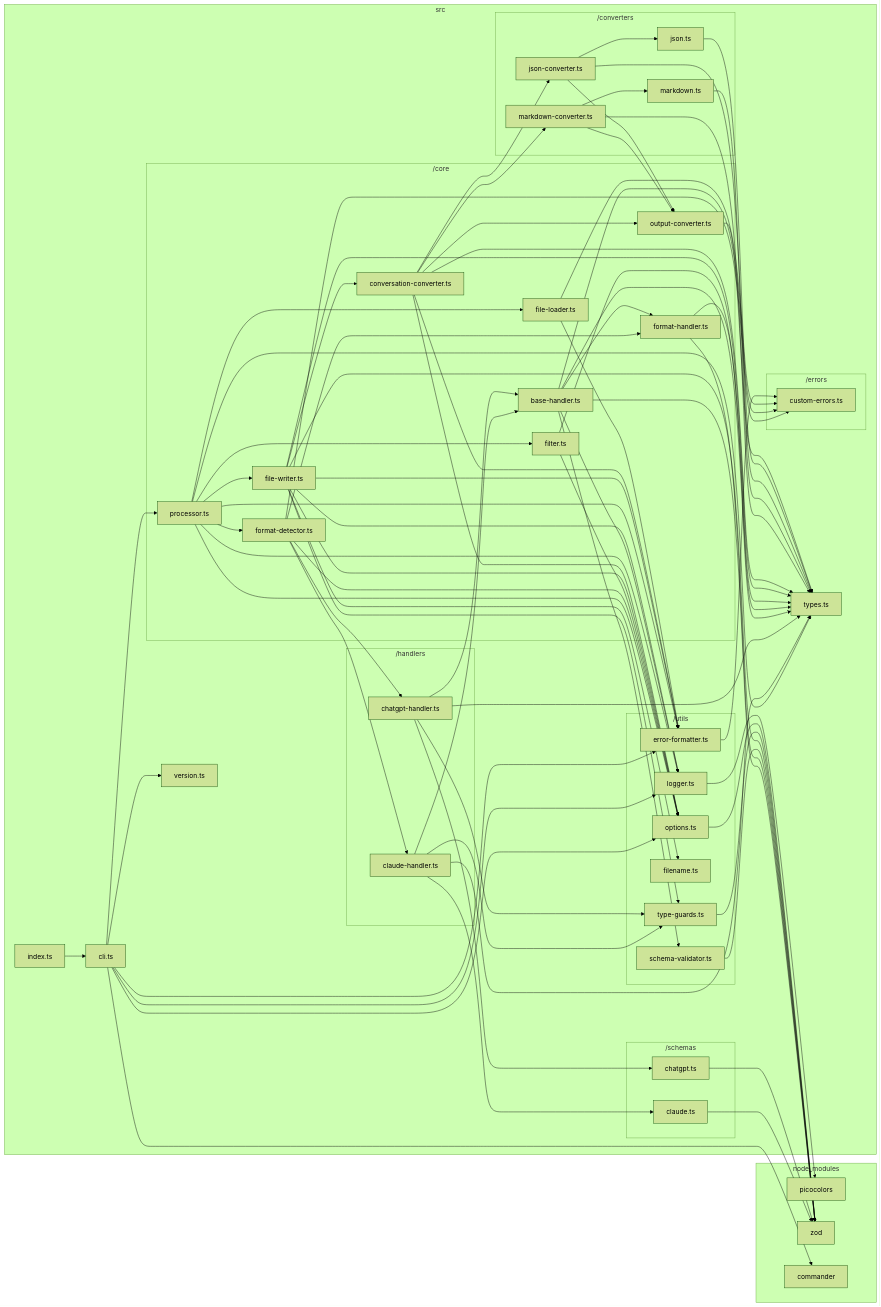
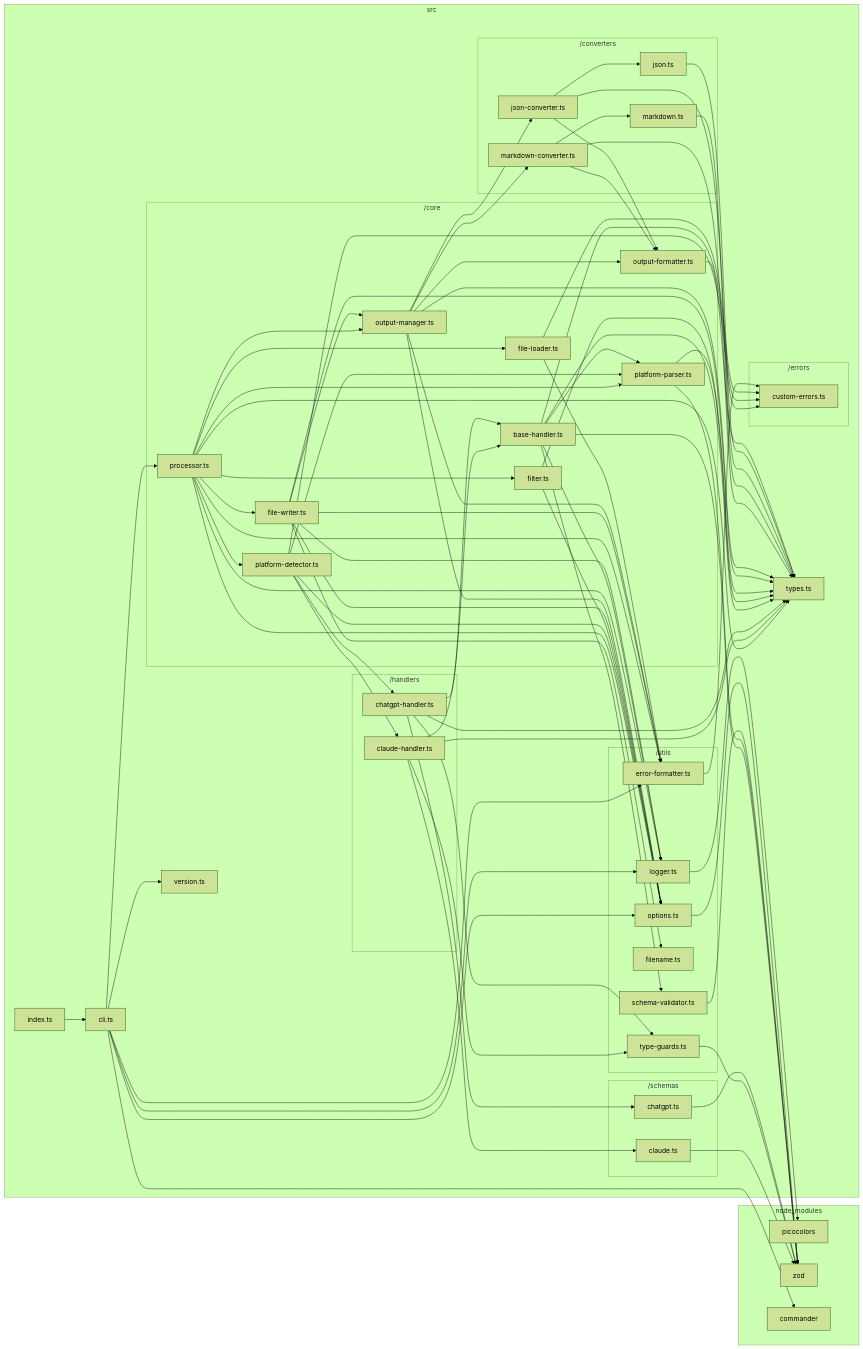
One commit to sugurutakahashi-1234/ai-chat-md-export changed the diagram in docs/dependency-graphs/typescript-graph.md. Above: the diagram before and after it, drawn with Mermaid (forest theme). The commit also changed 16 other files, not shown here.

First line of the commit message:
refactor: restructure output handling and platform parsing

```diff
--- a/docs/dependency-graphs/typescript-graph.md
+++ b/docs/dependency-graphs/typescript-graph.md
@@ -19,18 +19,18 @@
             src/utils/logger.ts["logger.ts"]
             src/utils/options.ts["options.ts"]
             src/utils/filename.ts["filename.ts"]
+            src/utils/schema//validator.ts["schema-validator.ts"]
             src/utils/type//guards.ts["type-guards.ts"]
-            src/utils/schema//validator.ts["schema-validator.ts"]
         end
         subgraph src/core["/core"]
             src/core/file//loader.ts["file-loader.ts"]
-            src/core/output//converter.ts["output-converter.ts"]
-            src/core/conversation//converter.ts["conversation-converter.ts"]
+            src/core/output//formatter.ts["output-formatter.ts"]
+            src/core/output//manager.ts["output-manager.ts"]
             src/core/file//writer.ts["file-writer.ts"]
             src/core/filter.ts["filter.ts"]
-            src/core/format//handler.ts["format-handler.ts"]
+            src/core/platform//parser.ts["platform-parser.ts"]
             src/core/base//handler.ts["base-handler.ts"]
-            src/core/format//detector.ts["format-detector.ts"]
+            src/core/platform//detector.ts["platform-detector.ts"]
             src/core/processor.ts["processor.ts"]
         end
         subgraph src/converters["/converters"]
@@ -58,42 +58,40 @@
     src/utils/options.ts-->node//modules/zod/index.d.cts
     src/core/file//loader.ts-->src/errors/custom//errors.ts
     src/core/file//loader.ts-->src/utils/error//formatter.ts
-    src/utils/type//guards.ts-->node//modules/zod/index.d.cts
-    src/core/output//converter.ts-->src/types.ts
+    src/core/output//formatter.ts-->src/types.ts
     src/converters/json.ts-->src/types.ts
-    src/converters/json//converter.ts-->src/core/output//converter.ts
+    src/converters/json//converter.ts-->src/core/output//formatter.ts
     src/converters/json//converter.ts-->src/types.ts
     src/converters/json//converter.ts-->src/converters/json.ts
     src/converters/markdown.ts-->src/types.ts
-    src/converters/markdown//converter.ts-->src/core/output//converter.ts
+    src/converters/markdown//converter.ts-->src/core/output//formatter.ts
     src/converters/markdown//converter.ts-->src/types.ts
     src/converters/markdown//converter.ts-->src/converters/markdown.ts
-    src/core/conversation//converter.ts-->src/converters/json//converter.ts
-    src/core/conversation//converter.ts-->src/converters/markdown//converter.ts
-    src/core/conversation//converter.ts-->src/types.ts
-    src/core/conversation//converter.ts-->src/utils/error//formatter.ts
-    src/core/conversation//converter.ts-->src/utils/options.ts
-    src/core/conversation//converter.ts-->src/core/output//converter.ts
-    src/core/file//writer.ts-->node//modules/zod/index.d.cts
+    src/core/output//manager.ts-->src/converters/json//converter.ts
+    src/core/output//manager.ts-->src/converters/markdown//converter.ts
+    src/core/output//manager.ts-->src/types.ts
+    src/core/output//manager.ts-->src/utils/error//formatter.ts
+    src/core/output//manager.ts-->src/utils/options.ts
+    src/core/output//manager.ts-->src/core/output//formatter.ts
     src/core/file//writer.ts-->src/types.ts
     src/core/file//writer.ts-->src/utils/error//formatter.ts
     src/core/file//writer.ts-->src/utils/filename.ts
     src/core/file//writer.ts-->src/utils/logger.ts
     src/core/file//writer.ts-->src/utils/options.ts
-    src/core/file//writer.ts-->src/utils/type//guards.ts
-    src/core/file//writer.ts-->src/core/conversation//converter.ts
+    src/core/file//writer.ts-->src/core/output//manager.ts
     src/core/filter.ts-->src/types.ts
     src/core/filter.ts-->src/utils/options.ts
     src/utils/schema//validator.ts-->node//modules/zod/index.d.cts
-    src/core/format//handler.ts-->node//modules/zod/index.d.cts
-    src/core/format//handler.ts-->src/types.ts
+    src/core/platform//parser.ts-->node//modules/zod/index.d.cts
+    src/core/platform//parser.ts-->src/types.ts
     src/core/base//handler.ts-->node//modules/zod/index.d.cts
     src/core/base//handler.ts-->src/errors/custom//errors.ts
     src/core/base//handler.ts-->src/types.ts
     src/core/base//handler.ts-->src/utils/logger.ts
     src/core/base//handler.ts-->src/utils/schema//validator.ts
-    src/core/base//handler.ts-->src/core/format//handler.ts
+    src/core/base//handler.ts-->src/core/platform//parser.ts
     src/schemas/chatgpt.ts-->node//modules/zod/index.d.cts
+    src/utils/type//guards.ts-->node//modules/zod/index.d.cts
     src/handlers/chatgpt//handler.ts-->src/core/base//handler.ts
     src/handlers/chatgpt//handler.ts-->src/schemas/chatgpt.ts
     src/handlers/chatgpt//handler.ts-->src/types.ts
@@ -103,11 +101,11 @@
     src/handlers/claude//handler.ts-->src/schemas/claude.ts
     src/handlers/claude//handler.ts-->src/types.ts
     src/handlers/claude//handler.ts-->src/utils/type//guards.ts
-    src/core/format//detector.ts-->src/errors/custom//errors.ts
-    src/core/format//detector.ts-->src/handlers/chatgpt//handler.ts
-    src/core/format//detector.ts-->src/handlers/claude//handler.ts
-    src/core/format//detector.ts-->src/utils/options.ts
-    src/core/format//detector.ts-->src/core/format//handler.ts
+    src/core/platform//detector.ts-->src/errors/custom//errors.ts
+    src/core/platform//detector.ts-->src/handlers/chatgpt//handler.ts
+    src/core/platform//detector.ts-->src/handlers/claude//handler.ts
+    src/core/platform//detector.ts-->src/utils/options.ts
+    src/core/platform//detector.ts-->src/core/platform//parser.ts
     src/core/processor.ts-->src/types.ts
     src/core/processor.ts-->src/utils/error//formatter.ts
     src/core/processor.ts-->src/utils/logger.ts
@@ -115,7 +113,9 @@
     src/core/processor.ts-->src/core/file//loader.ts
     src/core/processor.ts-->src/core/file//writer.ts
     src/core/processor.ts-->src/core/filter.ts
-    src/core/processor.ts-->src/core/format//detector.ts
+    src/core/processor.ts-->src/core/output//manager.ts
+    src/core/processor.ts-->src/core/platform//detector.ts
+    src/core/processor.ts-->src/core/platform//parser.ts
     src/cli.ts-->node//modules/commander/typings/index.d.ts
     src/cli.ts-->src/core/processor.ts
     src/cli.ts-->src/utils/error//formatter.ts
```
